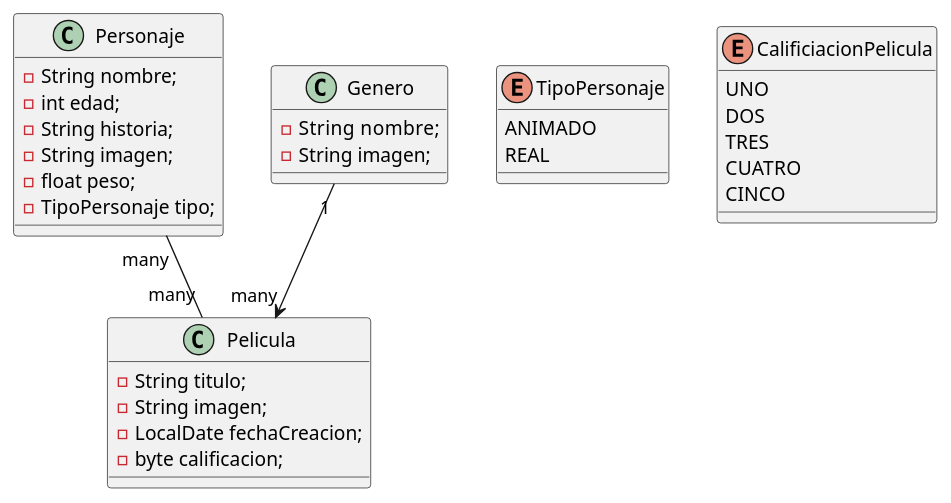
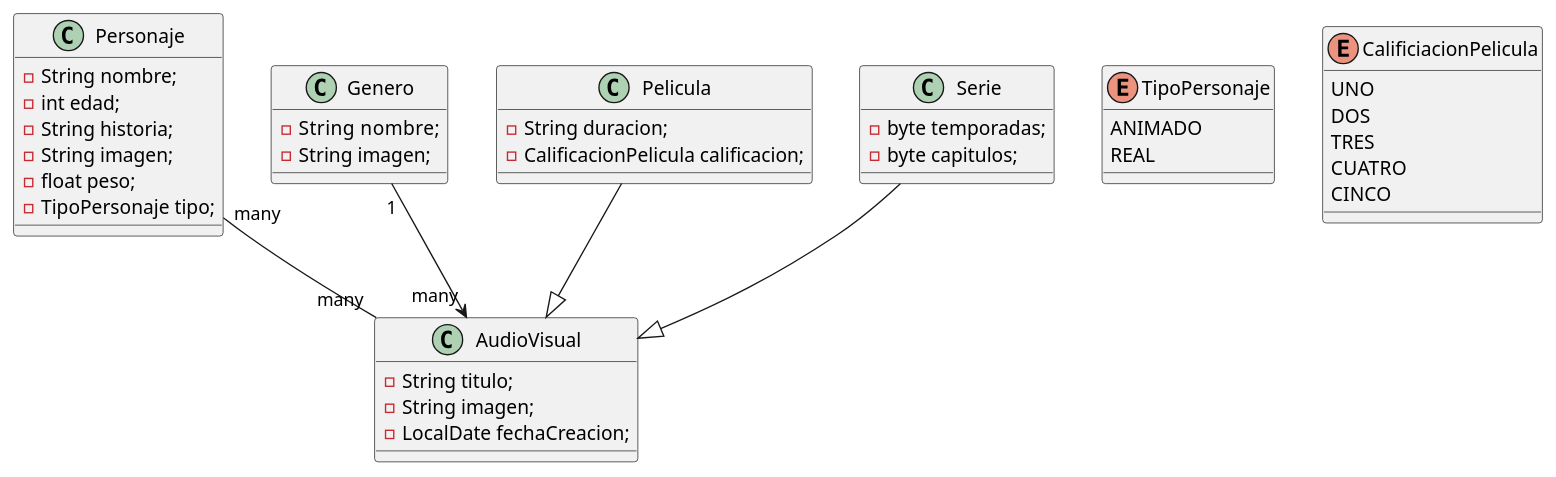
Before and after one commit to MansillaLucas/Disney-Gradle-Migration: the diagram in src/main/java/com/javadabadu/disney/UML/modeladoUML.puml, drawn with PlantUML. The commit also changed 3 other files, not shown here.

Commit message:
se actualiza el modelado UML  de plantUML Agregando clase AudioVisual

```diff
--- a/src/main/java/com/javadabadu/disney/UML/modeladoUML.puml
+++ b/src/main/java/com/javadabadu/disney/UML/modeladoUML.puml
@@ -1,41 +1,51 @@
 @startuml
-Personaje "many" -- "many" Pelicula
-Genero  "1" --> "many" Pelicula
-
+Personaje "many" -- "many" AudioVisual
+Genero  "1" --> "many" AudioVisual
+Pelicula  --|> AudioVisual
+Serie     --|> AudioVisual
  class Personaje {
     - String nombre;
     - int edad;
     - String historia;
     - String imagen;
     - float peso;
     - TipoPersonaje tipo;
 }
 
  class Genero {
      - String  nombre;
      - String imagen;
 }
 
  class Pelicula {
+    - String duracion;
+    - CalificacionPelicula calificacion;
+}
+class Serie{
+ - byte temporadas;
+ - byte capitulos;
+}
+
+
+class AudioVisual {
     - String titulo;
     - String imagen;
     - LocalDate fechaCreacion;
-    - byte calificacion;
 }
 
 
 enum TipoPersonaje {
     ANIMADO
     REAL
 }
 
 enum CalificiacionPelicula {
     UNO
     DOS
     TRES
     CUATRO
     CINCO
 }
 
 
 @enduml
```
